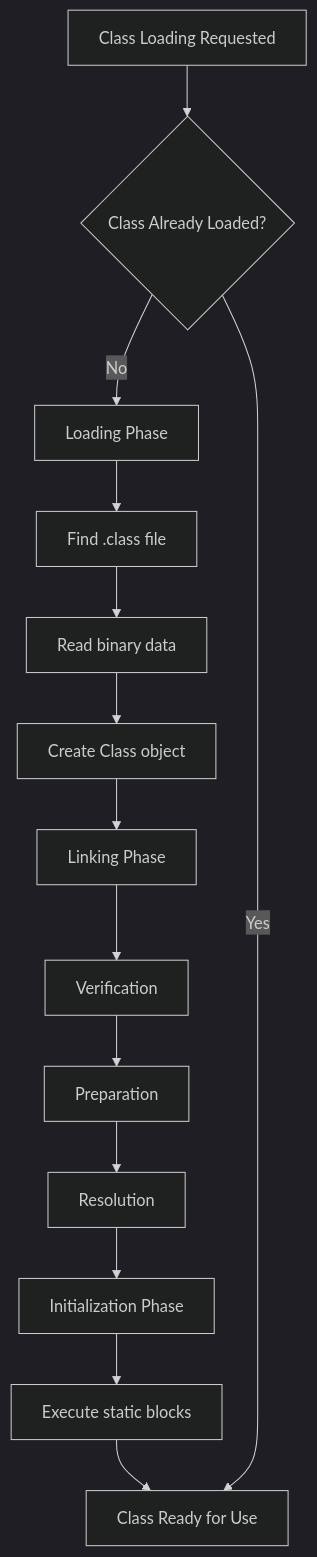
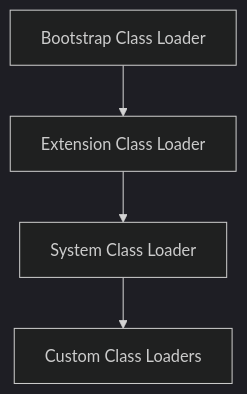
One commit to VrushankPatel/interview-matters changed the diagram in jvm-internals-and-class-loading/README.md. Above: the diagram before and after it, drawn with Mermaid (dark theme). The commit also changed other lines of this file and 3 other files, not shown here.

````diff
--- a/jvm-internals-and-class-loading/README.md
+++ b/jvm-internals-and-class-loading/README.md
@@ -42,16 +43,6 @@
 ```mermaid
-flowchart TD
-    A[Class Loading Requested] --> B{Class Already Loaded?}
-    B -->|No| C[Loading Phase]
-    C --> D[Find .class file]
-    D --> E[Read binary data]
-    E --> F[Create Class object]
-    F --> G[Linking Phase]
-    G --> H[Verification]
-    H --> I[Preparation]
-    I --> J[Resolution]
-    J --> K[Initialization Phase]
-    K --> L[Execute static blocks]
-    L --> M[Class Ready for Use]
-    B -->|Yes| M
+graph TD
+    A[Bootstrap Class Loader] --> B[Extension Class Loader]
+    B --> C[System Class Loader]
+    C --> D[Custom Class Loaders]
 ```
````
